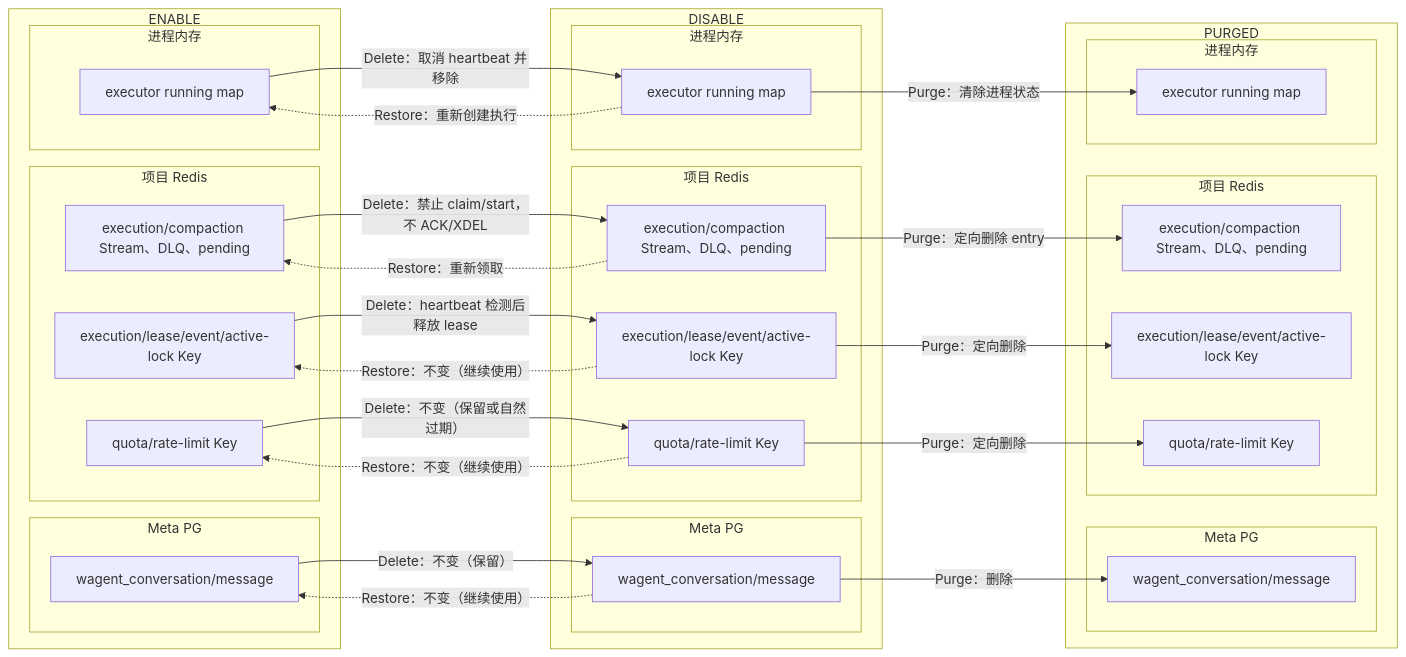
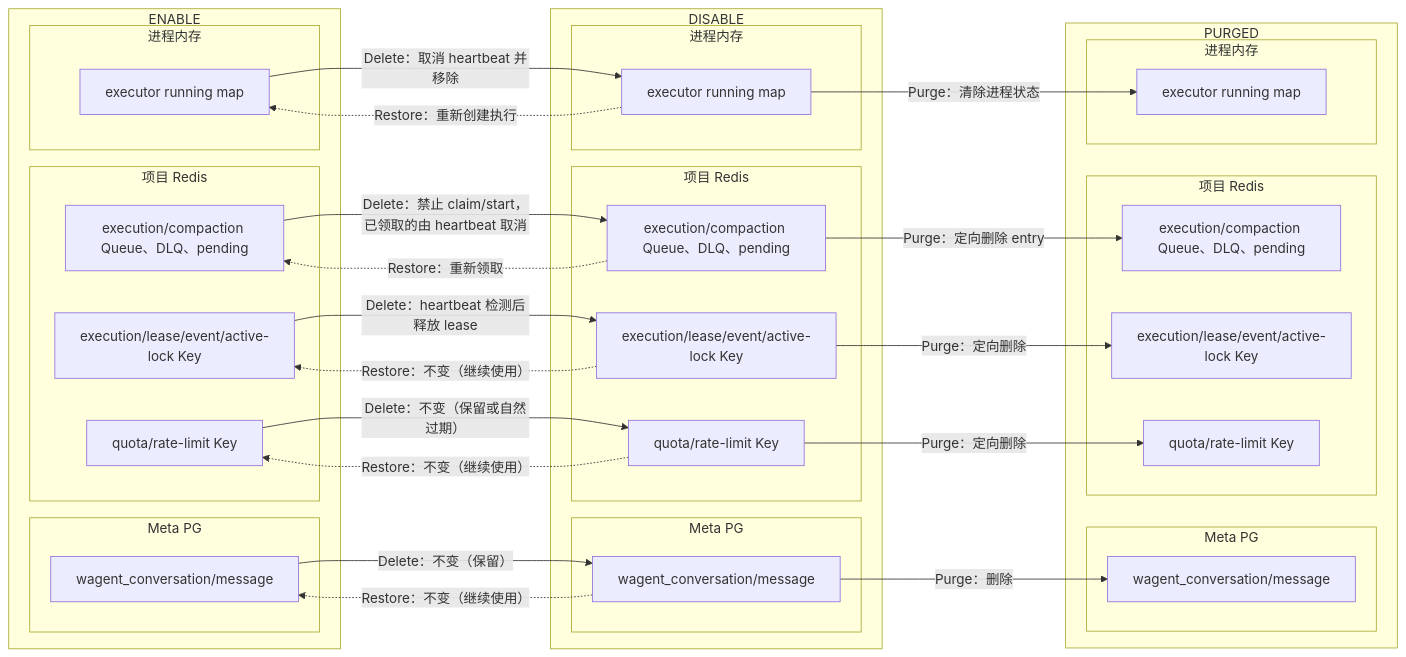
Before and after one commit to qinwenshiCH/workflow: the tenth of 22 diagrams in specs/20260716-Wave-Refac-OrganizationProjectLifecycle/04-detail.md, drawn with Mermaid. The commit also changed other lines of this file, not shown here.

First line of the commit message:
fix: Wagent/QE/MA 图表和术语修正 — 对齐实际代码

````diff
--- a/specs/20260716-Wave-Refac-OrganizationProjectLifecycle/04-detail.md
+++ b/specs/20260716-Wave-Refac-OrganizationProjectLifecycle/04-detail.md
@@ -664,60 +636,60 @@
 ```mermaid
 flowchart LR
     subgraph enable["ENABLE"]
         subgraph e_meta["Meta PG"]
             EMsg["wagent_conversation/message"]
         end
         subgraph e_redis["项目 Redis"]
-            EStream["execution/compaction Stream、DLQ、pending"]
+            EQueue["execution/compaction Queue、DLQ、pending"]
             ELease["execution/lease/event/active-lock Key"]
             EQuota["quota/rate-limit Key"]
         end
         subgraph e_memory["进程内存"]
             ERunning["executor running map"]
         end
     end
 
     subgraph disable["DISABLE"]
         subgraph d_meta["Meta PG"]
             DMsg["wagent_conversation/message"]
         end
         subgraph d_redis["项目 Redis"]
-            DStream["execution/compaction Stream、DLQ、pending"]
+            DQueue["execution/compaction Queue、DLQ、pending"]
             DLease["execution/lease/event/active-lock Key"]
             DQuota["quota/rate-limit Key"]
         end
         subgraph d_memory["进程内存"]
             DRunning["executor running map"]
         end
     end
 
     subgraph purged["PURGED"]
         subgraph p_meta["Meta PG"]
             PMsg["wagent_conversation/message"]
         end
         subgraph p_redis["项目 Redis"]
-            PStream["execution/compaction Stream、DLQ、pending"]
+            PQueue["execution/compaction Queue、DLQ、pending"]
             PLease["execution/lease/event/active-lock Key"]
             PQuota["quota/rate-limit Key"]
         end
         subgraph p_memory["进程内存"]
             PRunning["executor running map"]
         end
     end
 
     EMsg -->|Delete：不变（保留）| DMsg
-    EStream -->|Delete：禁止 claim/start，不 ACK/XDEL| DStream
+    EQueue -->|Delete：禁止 claim/start，已领取的由 heartbeat 取消| DQueue
     ELease -->|Delete：heartbeat 检测后释放 lease| DLease
     EQuota -->|Delete：不变（保留或自然过期）| DQuota
     ERunning -->|Delete：取消 heartbeat 并移除| DRunning
     DMsg -.->|Restore：不变（继续使用）| EMsg
-    DStream -.->|Restore：重新领取| EStream
+    DQueue -.->|Restore：重新领取| EQueue
     DLease -.->|Restore：不变（继续使用）| ELease
     DQuota -.->|Restore：不变（继续使用）| EQuota
     DRunning -.->|Restore：重新创建执行| ERunning
     DMsg -->|Purge：删除| PMsg
-    DStream -->|Purge：定向删除 entry| PStream
+    DQueue -->|Purge：定向删除 entry| PQueue
     DLease -->|Purge：定向删除| PLease
     DQuota -->|Purge：定向删除| PQuota
     DRunning -->|Purge：清除进程状态| PRunning
 ```
````
